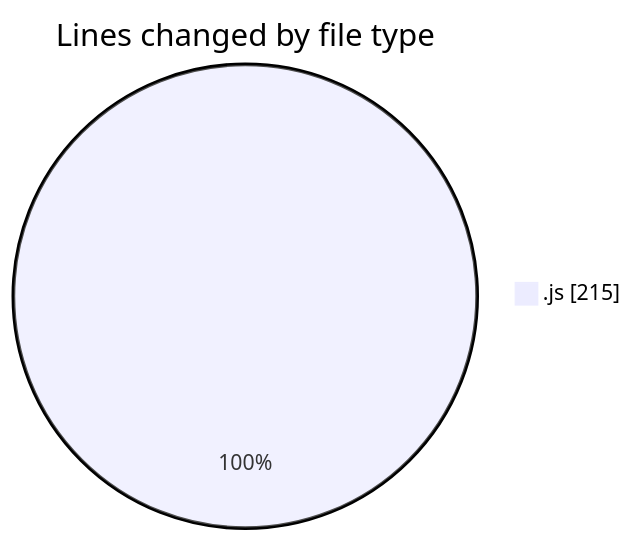
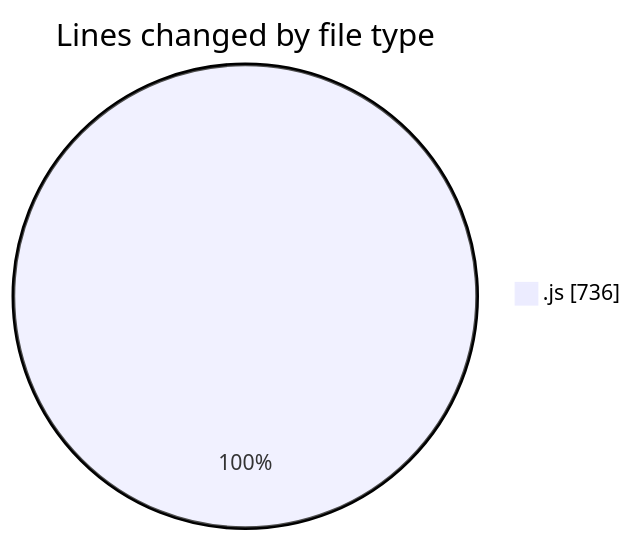
Before and after one commit to nxtqubesakshisongat/code-tracking: the first of 2 diagrams in 2025-06-27/argos/README.md, drawn with Mermaid. The commit also changed other lines of this file and 1 other file, not shown here.

````diff
--- a/2025-06-27/argos/README.md
+++ b/2025-06-27/argos/README.md
@@ -20,5 +23,5 @@
 ```mermaid
 pie showData
 title Lines changed by file type
-".js" : 215
+".js" : 736
 ```
````
